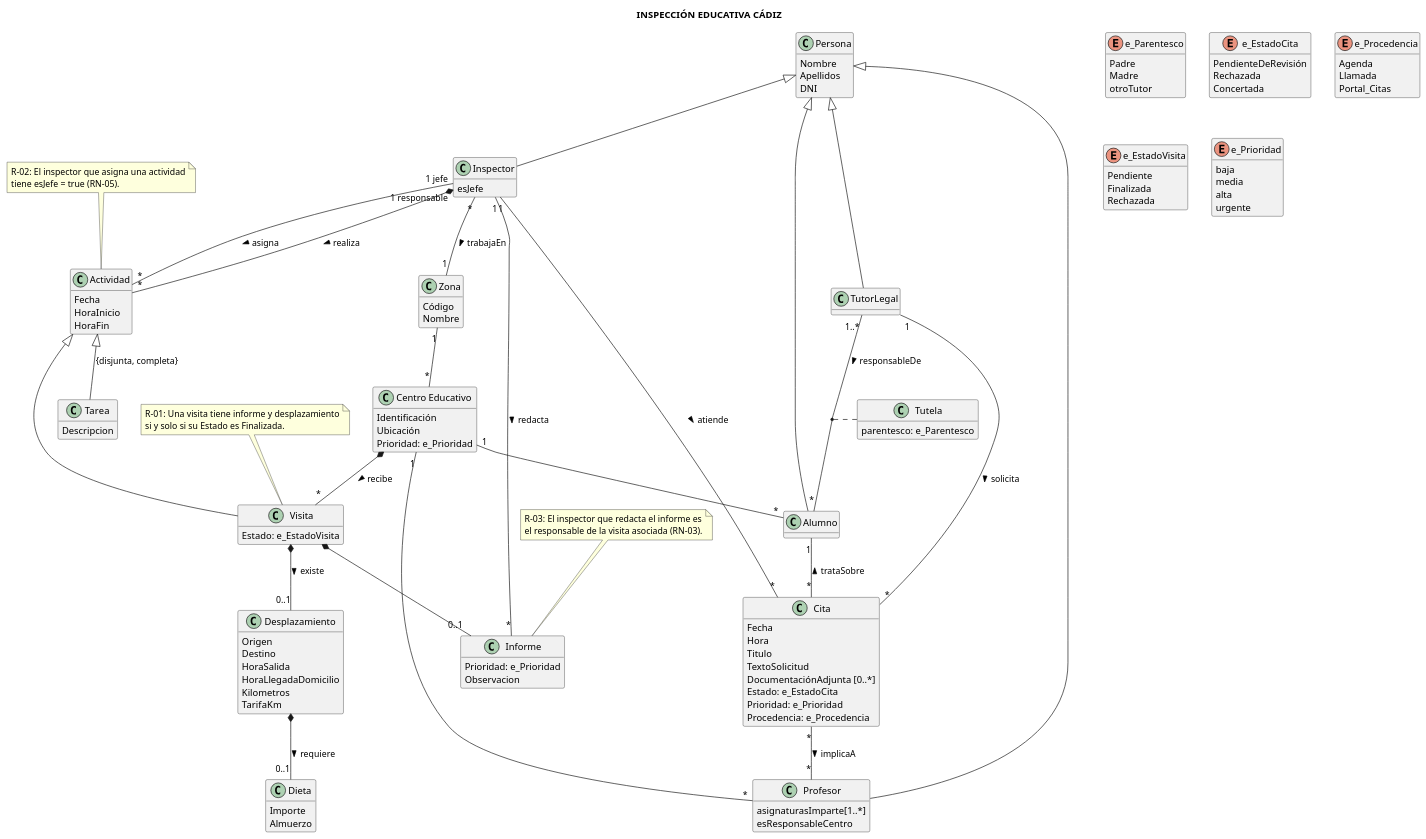
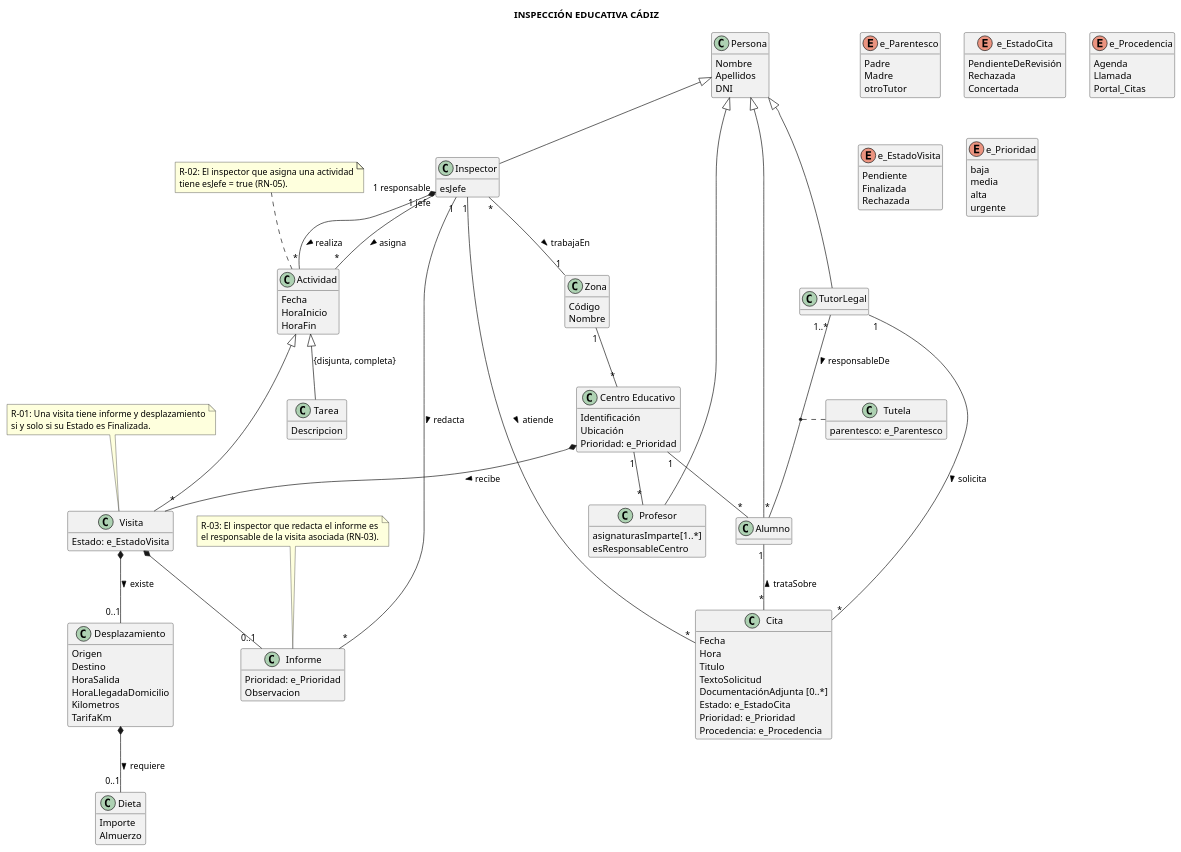
Before and after one commit to lorenzomaranon/ProyectoBD_Inspeccion_Educativa: the diagram in docs/casos/caso_1/caso_1.puml, drawn with PlantUML. The commit also changed 1 other file, not shown here.

Commit message:
Elimina Relacion cita-profesor: implica a >

```diff
--- a/docs/casos/caso_1/caso_1.puml
+++ b/docs/casos/caso_1/caso_1.puml
@@ -224,8 +224,6 @@
 CentroEducativo "1" -- "*" Alumno
 CentroEducativo "1" -- "*" Profesor
 Alumno "1" -- "*" Cita: trataSobre <
-Cita "*" -- "*" Profesor: implicaA >
-
 'Restricciones'
 
 note as R01
```
